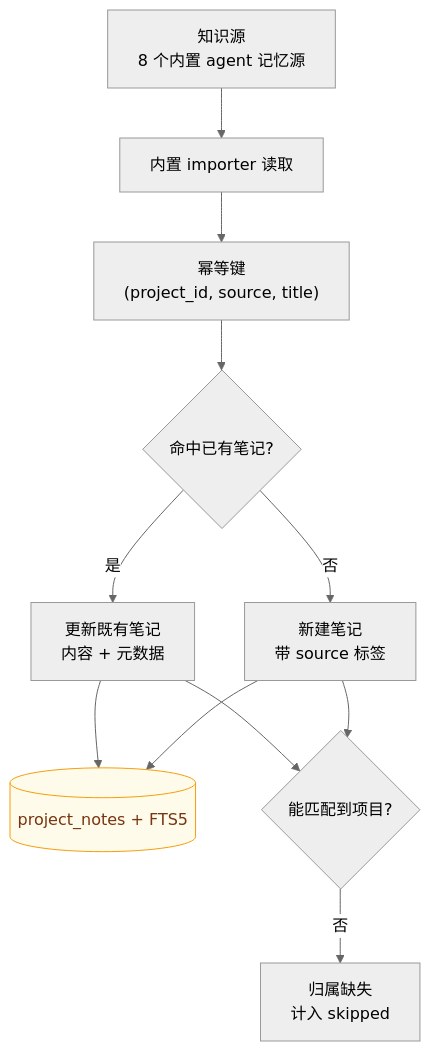
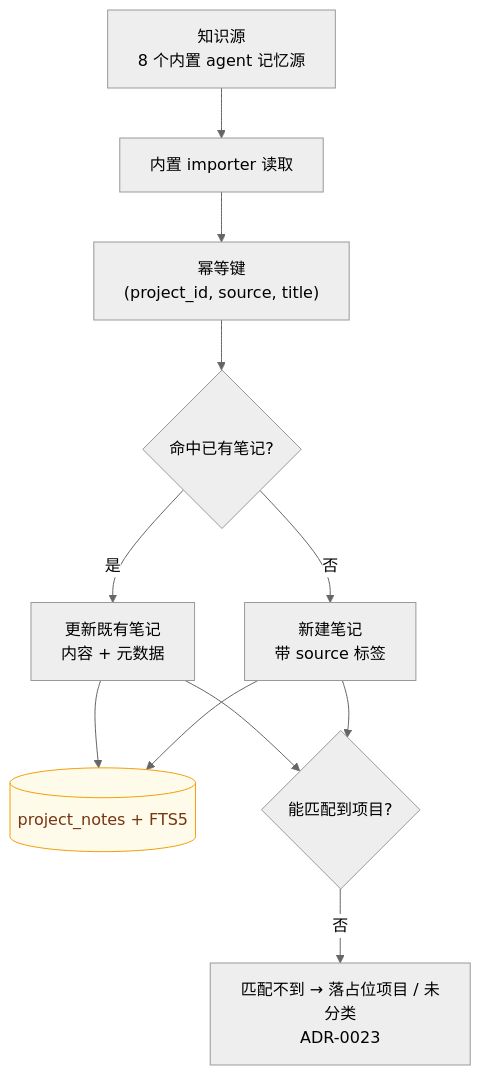
One commit to sky-jiangcheng/repo-nest changed the diagram in docs/plugins/overview.md. Above: the diagram before and after it, drawn with Mermaid (neutral theme). The commit also changed other lines of this file and 12 other files, not shown here.

````diff
--- a/docs/plugins/overview.md
+++ b/docs/plugins/overview.md
@@ -12,15 +12,15 @@
 ```mermaid
 flowchart TB
     SRC["知识源<br/>8 个内置 agent 记忆源"] --> RUN["内置 importer 读取"]
     RUN --> KEY["幂等键<br/>(project_id, source, title)"]
     KEY --> HIT{"命中已有笔记?"}
     HIT -->|"是"| UPD["更新既有笔记<br/>内容 + 元数据"]
     HIT -->|"否"| INS["新建笔记<br/>带 source 标签"]
     UPD --> DB[("project_notes + FTS5")]
     INS --> DB
     UPD --> MATCH{"能匹配到项目?"}
     INS --> MATCH
-    MATCH -->|"否"| SKIP["归属缺失<br/>计入 skipped"]
+    MATCH -->|"否"| SKIP["匹配不到 → 落占位项目 / 未分类<br/>ADR-0023"]
         classDef store fill:#fffbeb,stroke:#f59e0b,color:#78350f
     class DB store
 ```
````
